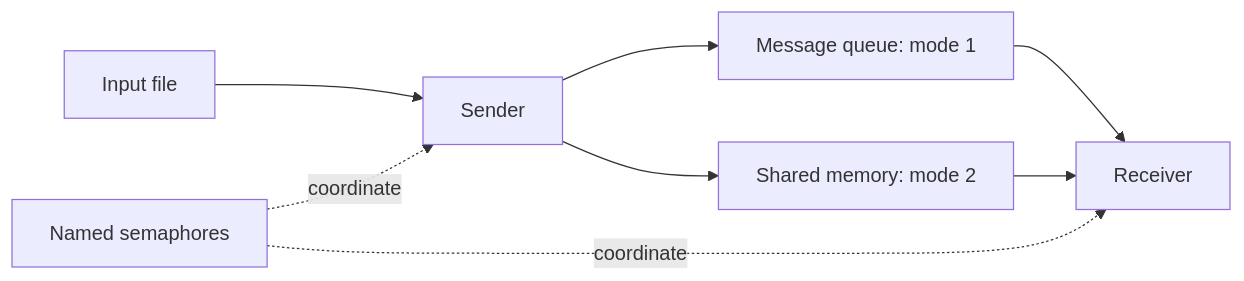
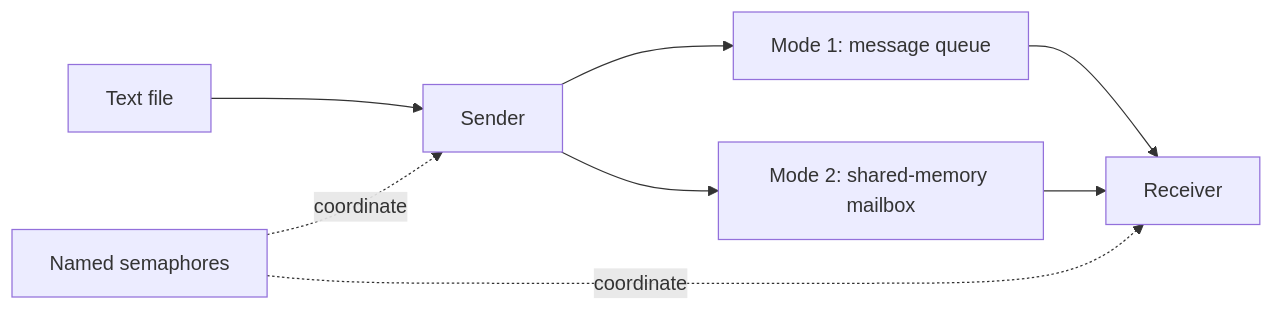
The diagram in README.md (shenlian1023/operating-systems-labs), drawn with Mermaid before and after one commit. The commit also changed other lines of this file, not shown here.

````diff
--- a/README.md
+++ b/README.md
@@ -21,10 +19,10 @@
 ```mermaid
 flowchart LR
-    A[Input file] --> B[Sender]
-    B --> C[Message queue: mode 1]
-    B --> D[Shared memory: mode 2]
+    A[Text file] --> B[Sender]
+    B --> C[Mode 1: message queue]
+    B --> D[Mode 2: shared-memory mailbox]
     C --> E[Receiver]
     D --> E
     F[Named semaphores] -. coordinate .-> B
     F -. coordinate .-> E
 ```
````
